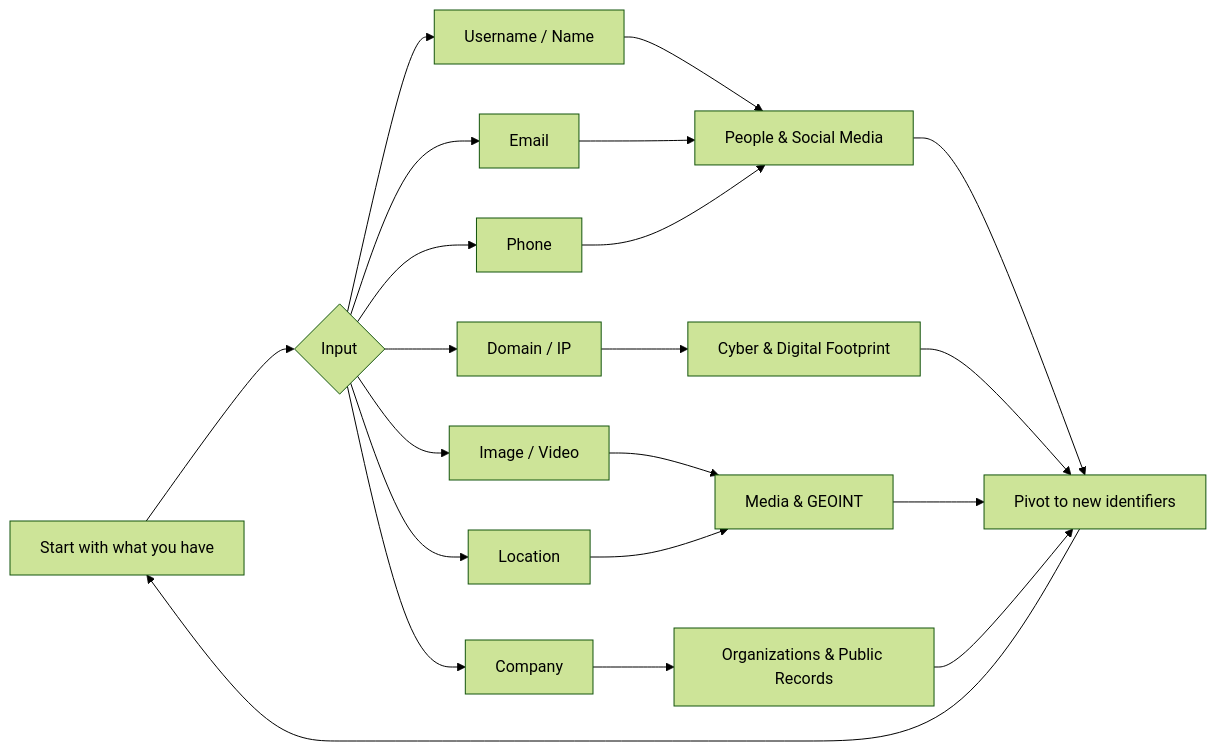
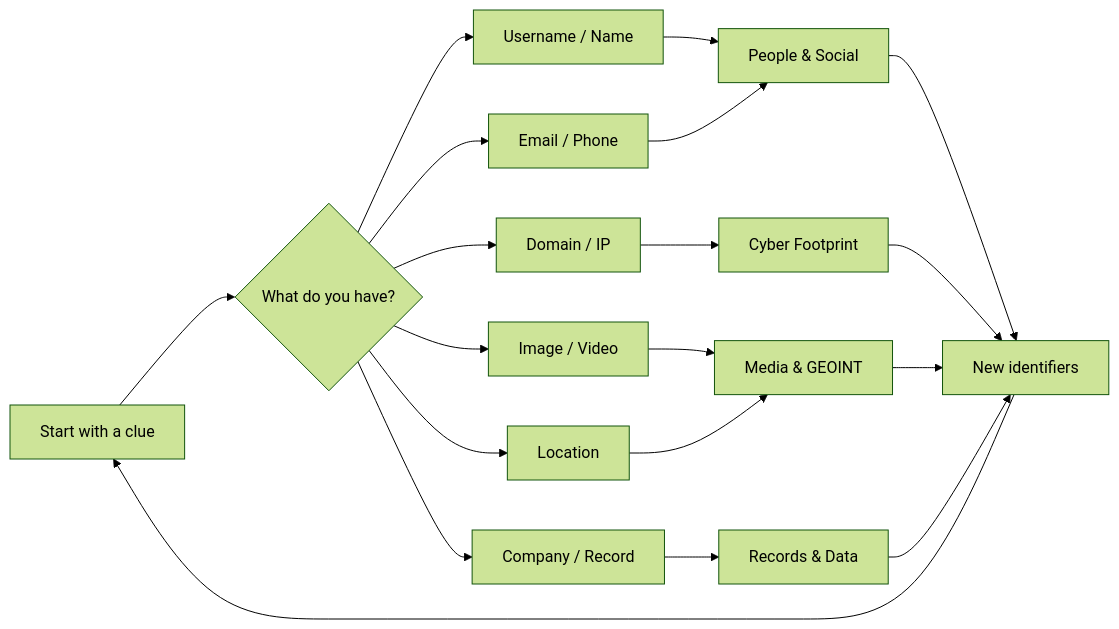
Before and after one commit to Ridd1kulusC0d3r/OSINTList: the second of 2 diagrams in README.md, drawn with Mermaid (forest theme). The commit also changed other lines of this file, not shown here.

````diff
--- a/README.md
+++ b/README.md
@@ -77,23 +77,21 @@
 ```mermaid
 flowchart LR
-    A[Start with what you have] --> B{Input}
+    A[Start with a clue] --> B{What do you have?}
     B --> U[Username / Name]
-    B --> E[Email]
-    B --> P[Phone]
+    B --> E[Email / Phone]
     B --> D[Domain / IP]
     B --> M[Image / Video]
-    B --> C[Company]
+    B --> C[Company / Record]
     B --> L[Location]
-    U --> S[People & Social Media]
-    E --> S
-    P --> S
-    D --> I[Cyber & Digital Footprint]
+    U --> P[People & Social]
+    E --> P
+    D --> I[Cyber Footprint]
     M --> G[Media & GEOINT]
     L --> G
-    C --> R[Organizations & Public Records]
-    S --> X[Pivot to new identifiers]
+    C --> R[Records & Data]
+    P --> X[New identifiers]
     I --> X
     G --> X
     R --> X
     X --> A
 ```
````
